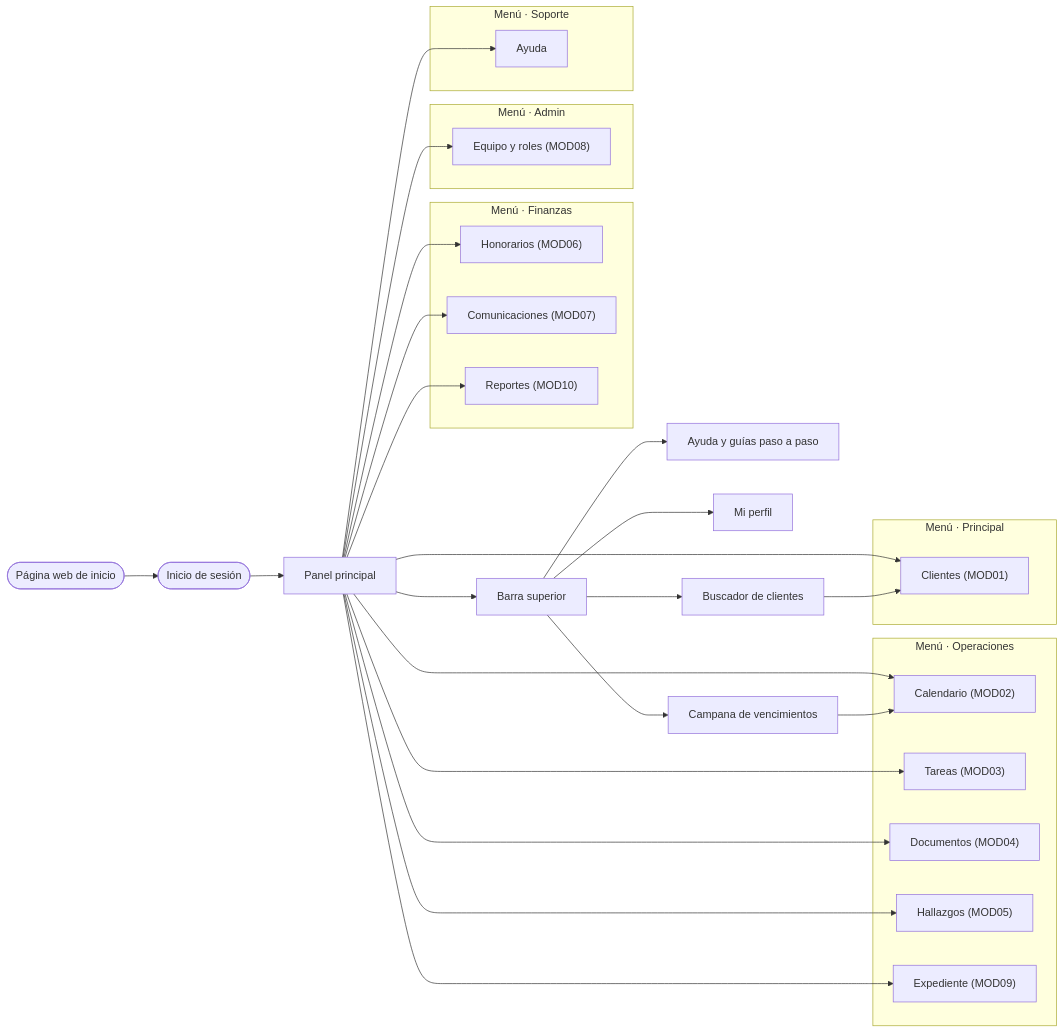
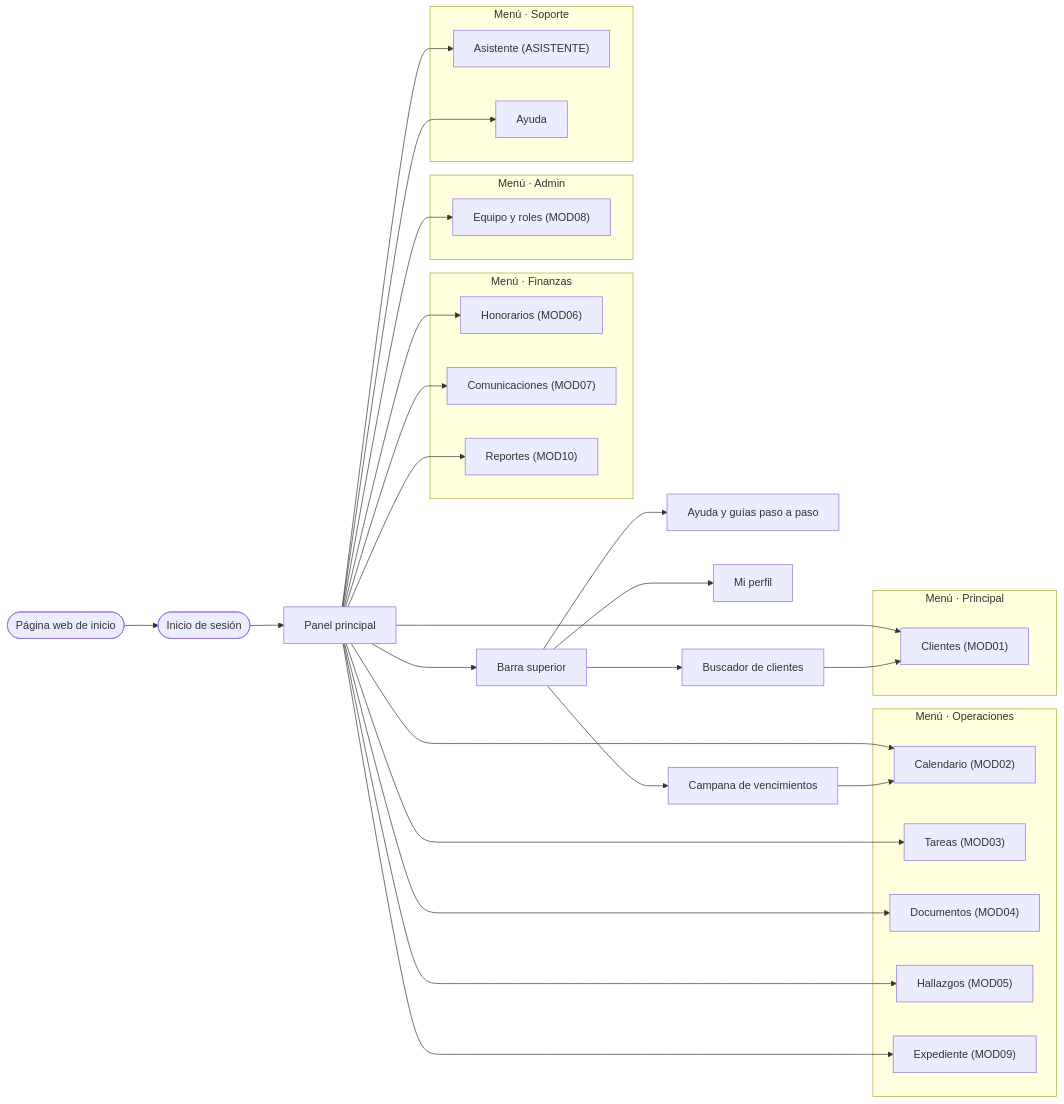
The first of 12 diagrams in documentacion/MAPA_NAVEGACION.md (Fredd0828/Contanika), drawn with Mermaid before and after one commit. The commit also changed other lines of this file and 26 other files, not shown here.

````diff
--- a/documentacion/MAPA_NAVEGACION.md
+++ b/documentacion/MAPA_NAVEGACION.md
@@ -11,44 +11,46 @@
 ```mermaid
 flowchart LR
     web(["Página web de inicio"]) --> inicio(["Inicio de sesión"])
     inicio --> panel["Panel principal"]
     subgraph Principal["Menú · Principal"]
         clientes_lista["Clientes (MOD01)"]
     end
     subgraph Operaciones["Menú · Operaciones"]
         calendario_calendario["Calendario (MOD02)"]
         tareas_tablero["Tareas (MOD03)"]
         documentos_historico["Documentos (MOD04)"]
         hallazgos_lista["Hallazgos (MOD05)"]
         expediente_lista["Expediente (MOD09)"]
     end
     subgraph Finanzas["Menú · Finanzas"]
         finanzas_historico["Honorarios (MOD06)"]
         comunicaciones_lista["Comunicaciones (MOD07)"]
         reportes_inicio["Reportes (MOD10)"]
     end
     subgraph Admin["Menú · Admin"]
         seguridad_equipo["Equipo y roles (MOD08)"]
     end
     subgraph Soporte["Menú · Soporte"]
+        asistente_inicio["Asistente (ASISTENTE)"]
         seguridad_ayuda["Ayuda"]
     end
     panel --> clientes_lista
     panel --> calendario_calendario
     panel --> tareas_tablero
     panel --> documentos_historico
     panel --> hallazgos_lista
     panel --> expediente_lista
     panel --> finanzas_historico
     panel --> comunicaciones_lista
     panel --> reportes_inicio
     panel --> seguridad_equipo
+    panel --> asistente_inicio
     panel --> seguridad_ayuda
     panel --> barra["Barra superior"]
     barra --> ayuda["Ayuda y guías paso a paso"]
     barra --> perfil["Mi perfil"]
     barra --> campana["Campana de vencimientos"]
     barra --> buscador["Buscador de clientes"]
     buscador --> clientes_lista
     campana --> calendario_calendario
 ```
````
